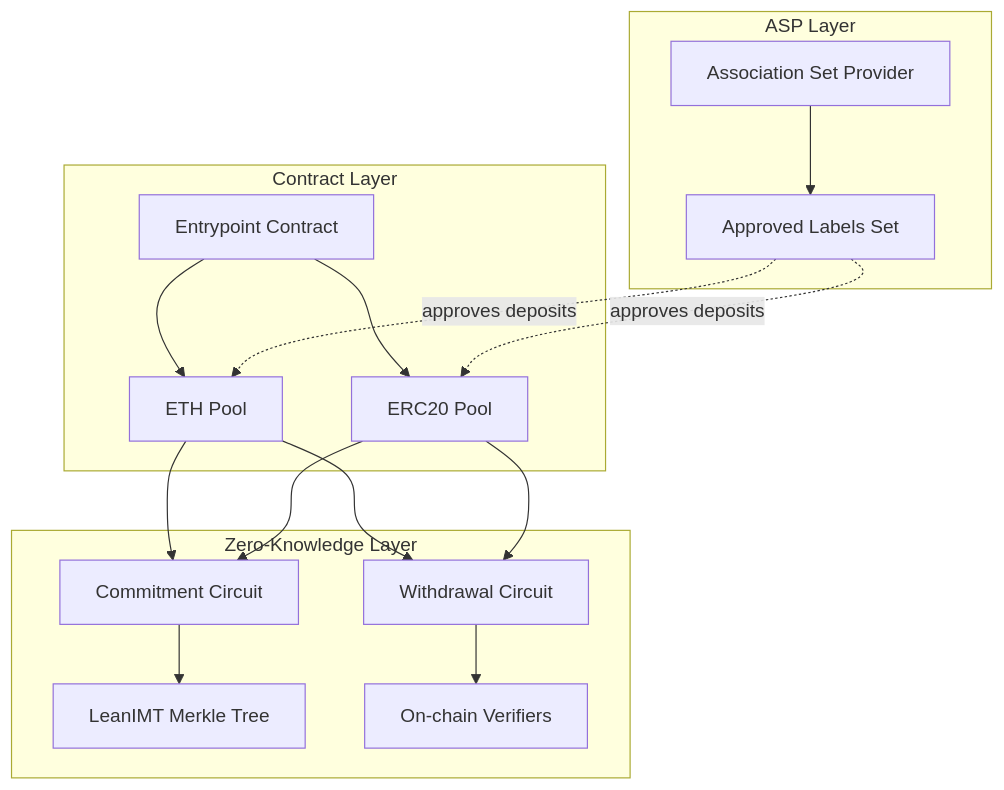
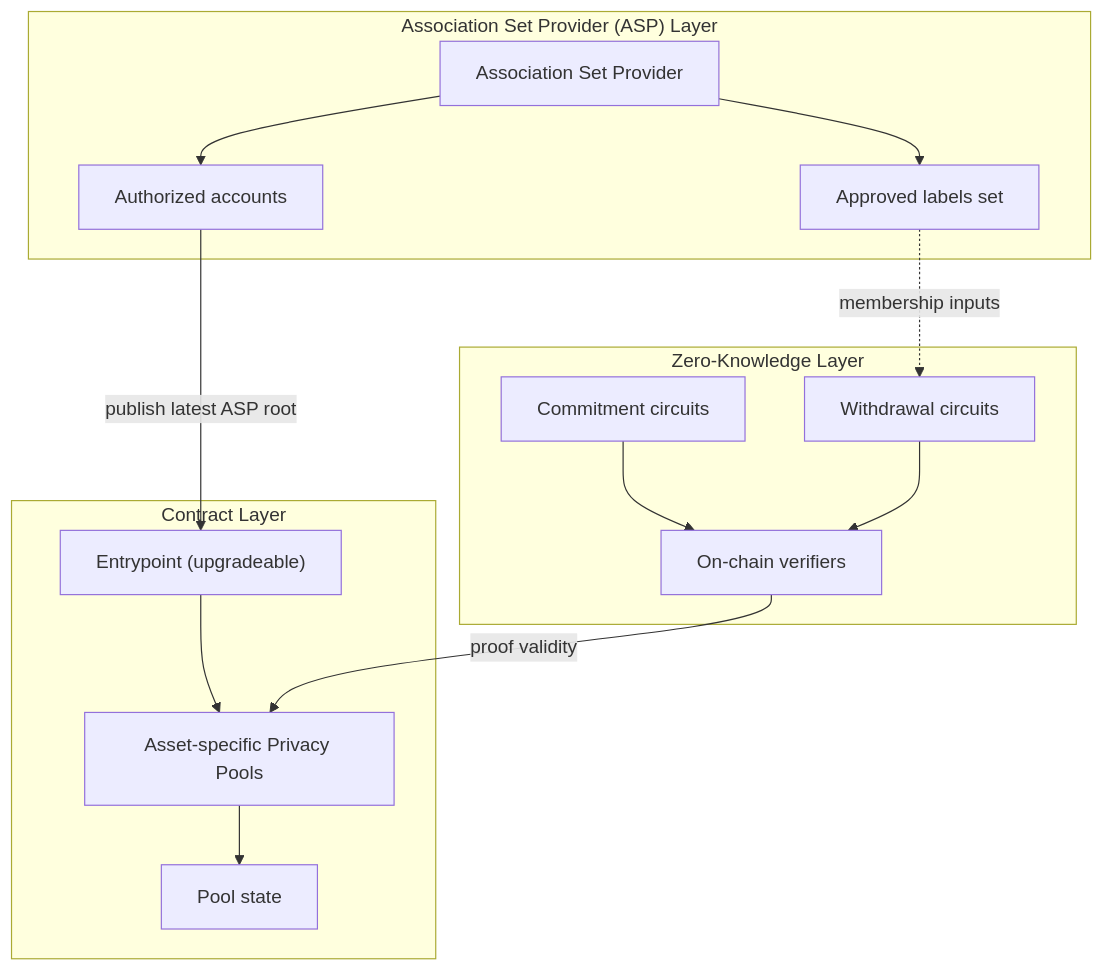
One commit to 0xbow-io/privacy-pools-core changed the diagram in docs/docs/overview/what-is-privacy-pools.md. Above: the diagram before and after it, drawn with Mermaid. The commit also changed other lines of this file and 7 other files, not shown here.

````diff
--- a/docs/docs/overview/what-is-privacy-pools.md
+++ b/docs/docs/overview/what-is-privacy-pools.md
@@ -28,32 +28,29 @@
 ```mermaid
-graph TB
-    subgraph "Contract Layer"
-        EP[Entrypoint Contract]
-        PP1[ETH Pool]
-        PP2[ERC20 Pool]
+flowchart TD
+    subgraph A["Association Set Provider (ASP) Layer"]
+        ASP["Association Set Provider"]
+        SET["Approved labels set"]
+        POST["Authorized accounts"]
+        ASP --> SET
+        ASP --> POST
     end
 
-    subgraph "Zero-Knowledge Layer"
-        CC[Commitment Circuit]
-        WC[Withdrawal Circuit]
-        MT[LeanIMT Merkle Tree]
-        V[On-chain Verifiers]
+    subgraph Z["Zero-Knowledge Layer"]
+        CC["Commitment circuits"]
+        WC["Withdrawal circuits"]
+        V["On-chain verifiers"]
+        CC --> V
+        WC --> V
     end
 
-    subgraph "ASP Layer"
-        ASP[Association Set Provider]
-        AL[Approved Labels Set]
+    subgraph C["Contract Layer"]
+        E["Entrypoint (upgradeable)"]
+        PP["Asset-specific Privacy Pools"]
+        S["Pool state"]
+        E --> PP --> S
     end
 
-    EP --> PP1
-    EP --> PP2
-    PP1 --> CC
-    PP1 --> WC
-    PP2 --> CC
-    PP2 --> WC
-    CC --> MT
-    WC --> V
-    ASP --> AL
-    AL -.->|approves deposits| PP1
-    AL -.->|approves deposits| PP2
+    SET -.->|"membership inputs"| WC
+    POST -->|"publish latest ASP root"| E
+    V -->|"proof validity"| PP
 ```
````
